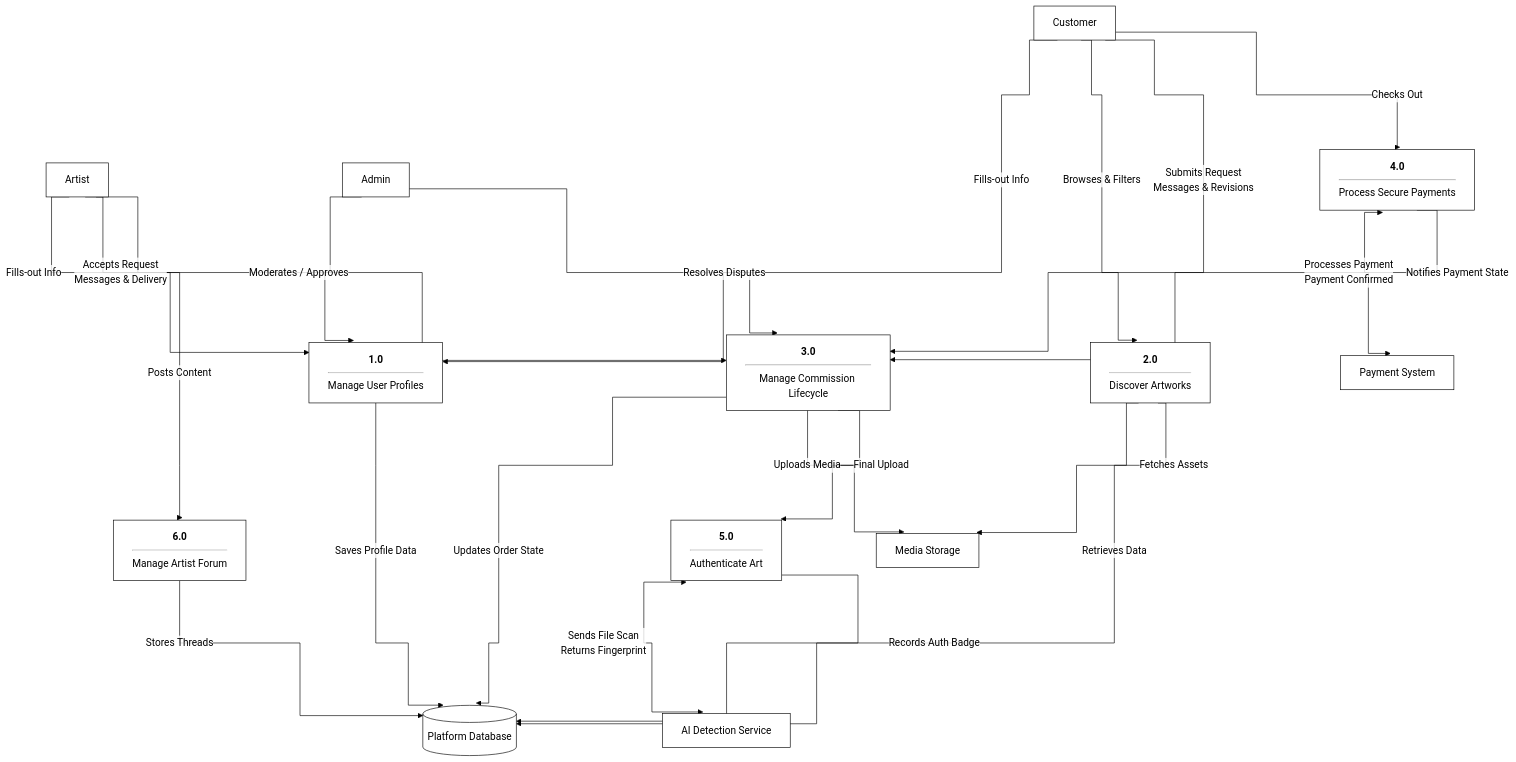
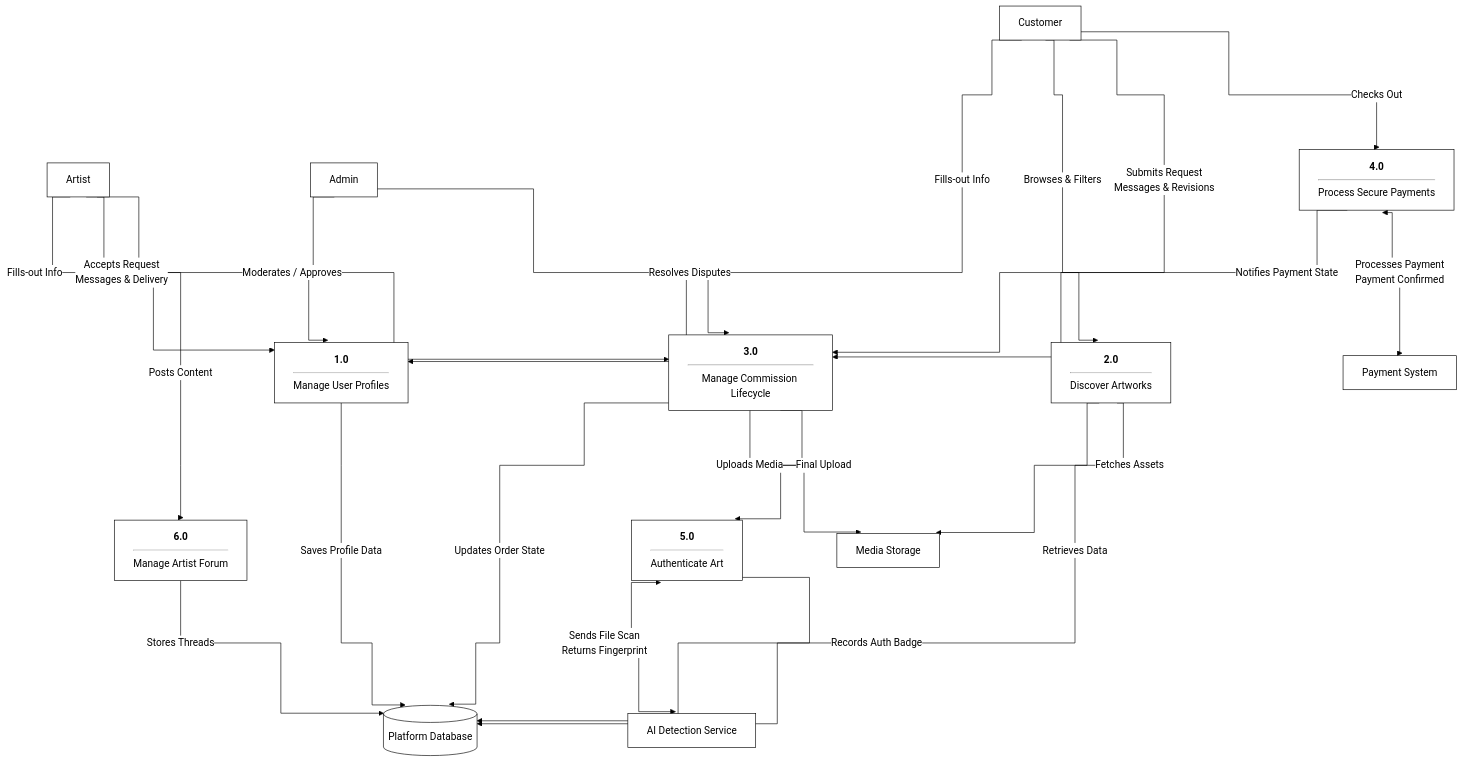
One commit to binssente-crypto/DFD changed the second of 3 diagrams in README.md. Above: the diagram before and after it, drawn with Mermaid. The commit also changed other lines of this file, not shown here.

Commit message:
Restore solid white edge label background to implement 'line jumps'

````diff
--- a/README.md
+++ b/README.md
@@ -32,51 +32,51 @@
 ```mermaid
-%%{init: { 'flowchart': { 'curve': 'step', 'nodeSpacing': 150, 'rankSpacing': 150 }, 'theme': 'base', 'themeVariables': { 'primaryColor': '#ffffff', 'primaryBorderColor': '#000000', 'primaryTextColor': '#000000', 'lineColor': '#000000', 'background': '#ffffff', 'edgeLabelBackground': 'rgba(255, 255, 255, 0.6)' } }}%%
+%%{init: { 'flowchart': { 'curve': 'step', 'nodeSpacing': 150, 'rankSpacing': 150 }, 'theme': 'base', 'themeVariables': { 'primaryColor': '#ffffff', 'primaryBorderColor': '#000000', 'primaryTextColor': '#000000', 'lineColor': '#000000', 'background': '#ffffff', 'edgeLabelBackground': '#ffffff' } }}%%
 graph TD
     %% External Entities
     Customer[Customer]
     Artist[Artist]
     Admin[Admin]
     
     %% Generalized Providers
     Payment[Payment System]
     AI_Auth[AI Detection Service]
     Storage[Media Storage]
     
     %% Database Store
     Database[(Platform Database)]
     
     %% Processes
     P1["<b>1.0</b><hr/>Manage User Profiles"]
     P2["<b>2.0</b><hr/>Discover Artworks"]
     P3["<b>3.0</b><hr/>Manage Commission Lifecycle"]
     P4["<b>4.0</b><hr/>Process Secure Payments"]
     P5["<b>5.0</b><hr/>Authenticate Art"]
     P6["<b>6.0</b><hr/>Manage Artist Forum"]
     
     %% Flows
     Customer -- "Fills-out Info" --> P1
     Artist -- "Fills-out Info" --> P1
     Admin -- "Moderates / Approves" --> P1
     P1 -- "Saves Profile Data" --> Database
     
     Customer -- "Browses & Filters" --> P2
     P2 -- "Retrieves Data" --> Database
     P2 -- "Fetches Assets" --> Storage
     
     Customer -- "Submits Request<br/>Messages & Revisions" --> P3
     Artist -- "Accepts Request<br/>Messages & Delivery" --> P3
     Admin -- "Resolves Disputes" --> P3
     P3 -- "Updates Order State" --> Database
     P3 -- "Uploads Media" --> Storage
     
     Customer -- "Checks Out" --> P4
+    P4 -- "Notifies Payment State" --> P3
     P4 <--> |"Processes Payment<br/>Payment Confirmed"| Payment
-    P4 -- "Notifies Payment State" --> P3
     
     P3 -- "Final Upload" --> P5
     P5 <--> |"Sends File Scan<br/>Returns Fingerprint"| AI_Auth
     P5 -- "Records Auth Badge" --> Database
     
     Artist -- "Posts Content" --> P6
     P6 -- "Stores Threads" --> Database
 ```
````
